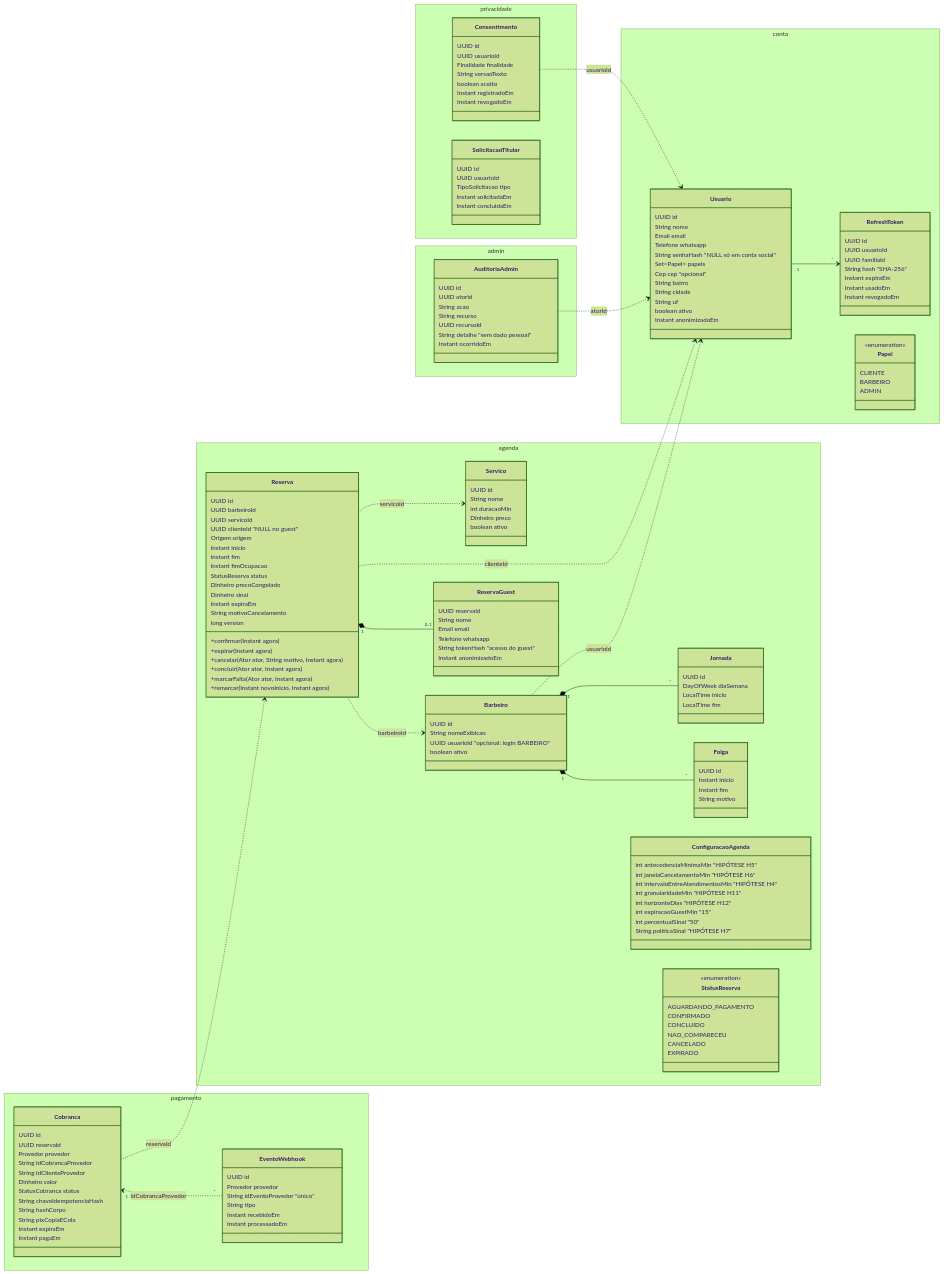
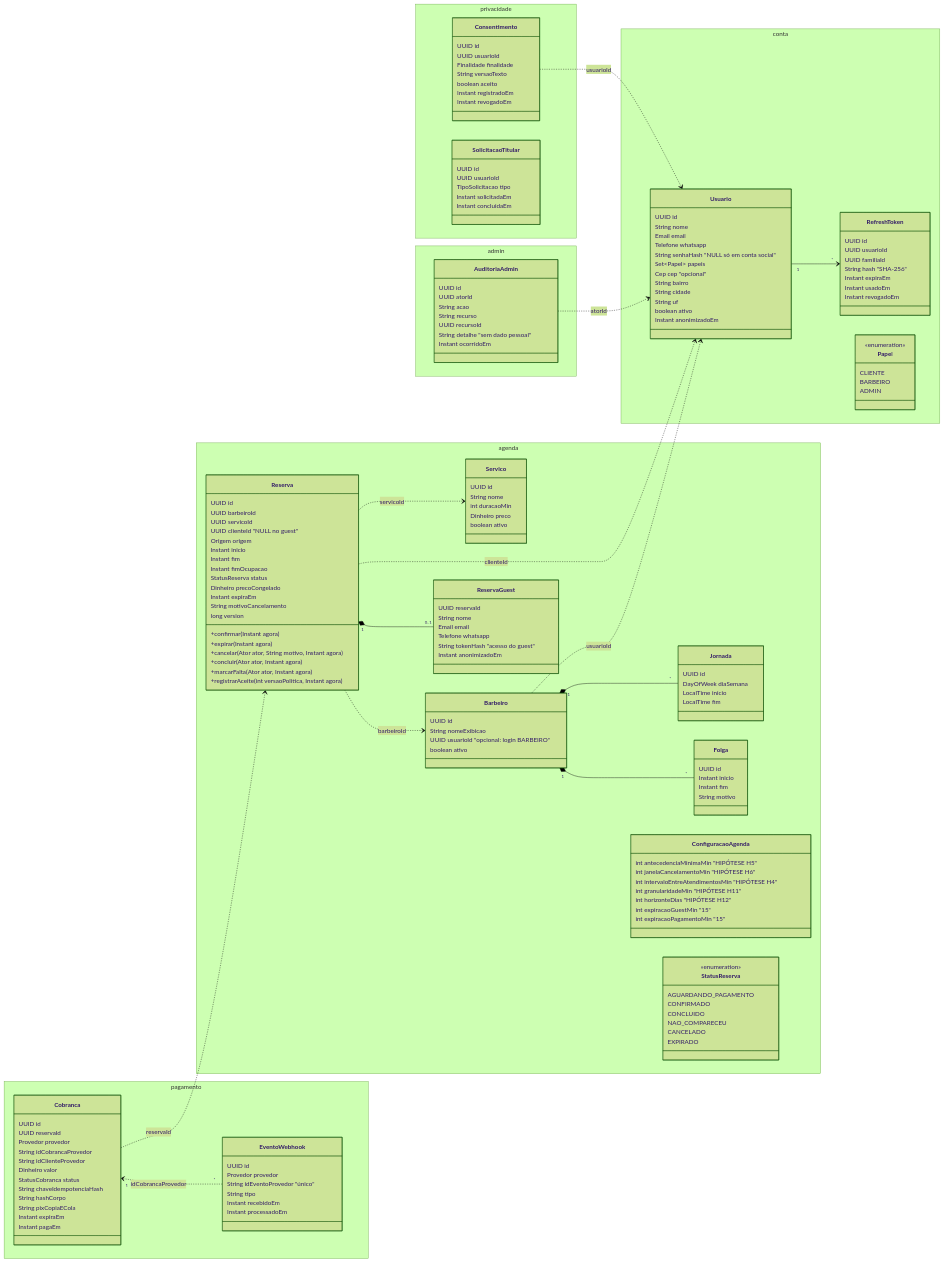
Before and after one commit to k3vinrich4rd/barbearia-altas-horas: the first of 3 diagrams in docs/dominio/modelo-de-dominio.md, drawn with Mermaid (forest theme). The commit also changed other lines of this file and 9 other files, not shown here.

```diff
--- a/docs/dominio/modelo-de-dominio.md
+++ b/docs/dominio/modelo-de-dominio.md
@@ -87,7 +87,6 @@
             Instant fimOcupacao
             StatusReserva status
             Dinheiro precoCongelado
-            Dinheiro sinal
             Instant expiraEm
             String motivoCancelamento
             long version
@@ -96,7 +95,7 @@
             +cancelar(Ator ator, String motivo, Instant agora)
             +concluir(Ator ator, Instant agora)
             +marcarFalta(Ator ator, Instant agora)
-            +remarcar(Instant novoInicio, Instant agora)
+            +registrarAceite(int versaoPolitica, Instant agora)
         }
         class ReservaGuest {
             UUID reservaId
@@ -113,8 +112,7 @@
             int granularidadeMin  "HIPÓTESE H11"
             int horizonteDias  "HIPÓTESE H12"
             int expiracaoGuestMin  "15"
-            int percentualSinal  "50"
-            String politicaSinal  "HIPÓTESE H7"
+            int expiracaoPagamentoMin  "15"
         }
         class StatusReserva {
             <<enumeration>>
```
